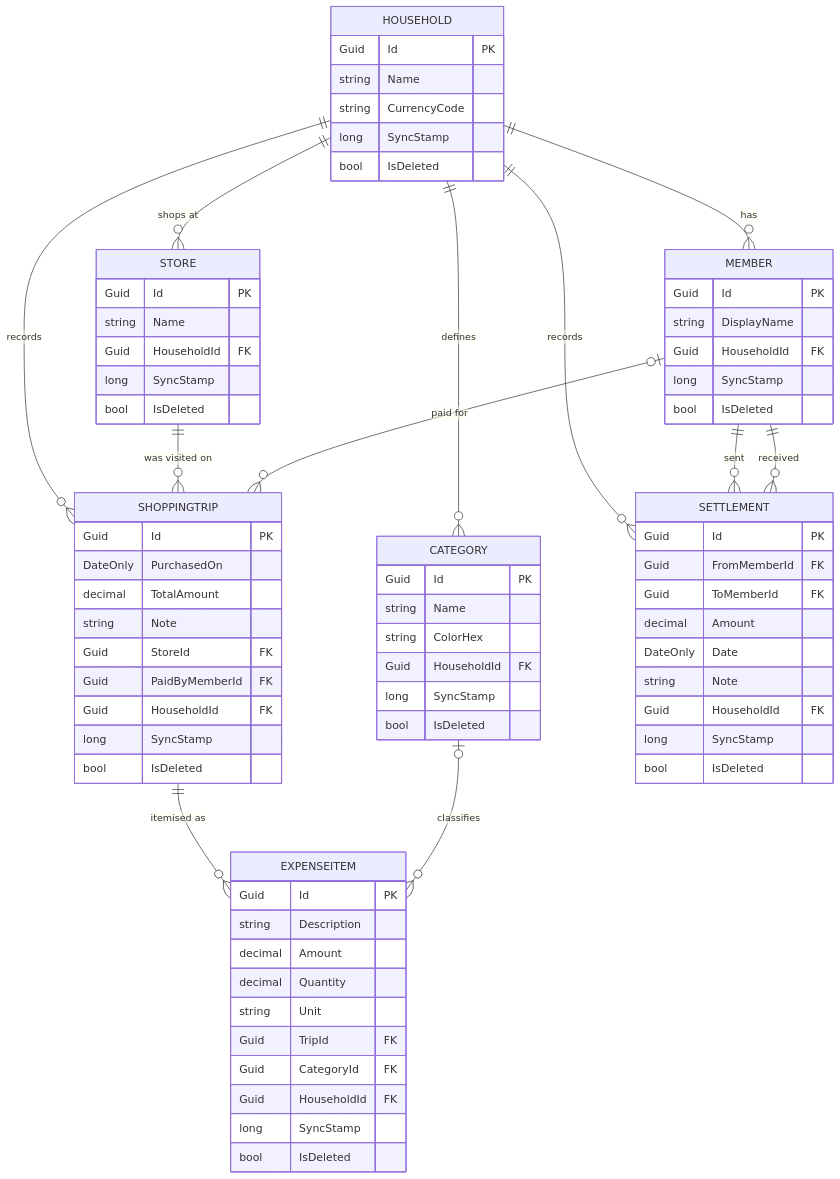
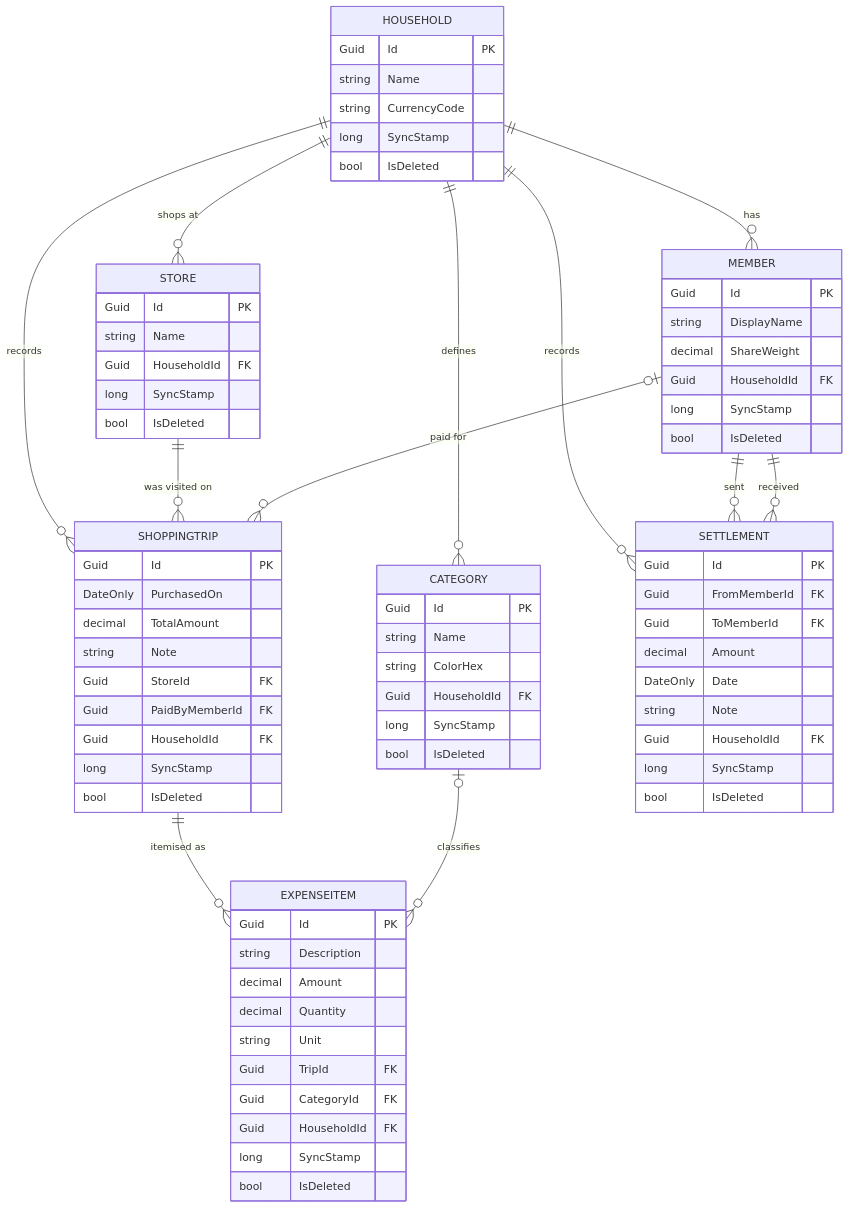
Before and after one commit to CodeIsNotEvil/MyMonoRepo: the diagram in Applications/GroceryTracker/src/Domain/Model/README.md, drawn with Mermaid. The commit also changed 14 other files, not shown here.

````diff
--- a/Applications/GroceryTracker/src/Domain/Model/README.md
+++ b/Applications/GroceryTracker/src/Domain/Model/README.md
@@ -7,78 +7,79 @@
 ```mermaid
 erDiagram
     HOUSEHOLD {
         Guid Id PK
         string Name
         string CurrencyCode
         long SyncStamp
         bool IsDeleted
     }
     MEMBER {
         Guid Id PK
         string DisplayName
+        decimal ShareWeight
         Guid HouseholdId FK
         long SyncStamp
         bool IsDeleted
     }
     STORE {
         Guid Id PK
         string Name
         Guid HouseholdId FK
         long SyncStamp
         bool IsDeleted
     }
     CATEGORY {
         Guid Id PK
         string Name
         string ColorHex
         Guid HouseholdId FK
         long SyncStamp
         bool IsDeleted
     }
     SHOPPINGTRIP {
         Guid Id PK
         DateOnly PurchasedOn
         decimal TotalAmount
         string Note
         Guid StoreId FK
         Guid PaidByMemberId FK
         Guid HouseholdId FK
         long SyncStamp
         bool IsDeleted
     }
     SETTLEMENT {
         Guid Id PK
         Guid FromMemberId FK
         Guid ToMemberId FK
         decimal Amount
         DateOnly Date
         string Note
         Guid HouseholdId FK
         long SyncStamp
         bool IsDeleted
     }
     EXPENSEITEM {
         Guid Id PK
         string Description
         decimal Amount
         decimal Quantity
         string Unit
         Guid TripId FK
         Guid CategoryId FK
         Guid HouseholdId FK
         long SyncStamp
         bool IsDeleted
     }
 
     HOUSEHOLD ||--o{ MEMBER : "has"
     HOUSEHOLD ||--o{ STORE : "shops at"
     HOUSEHOLD ||--o{ CATEGORY : "defines"
     HOUSEHOLD ||--o{ SHOPPINGTRIP : "records"
     STORE ||--o{ SHOPPINGTRIP : "was visited on"
     MEMBER |o--o{ SHOPPINGTRIP : "paid for"
     HOUSEHOLD ||--o{ SETTLEMENT : "records"
     MEMBER ||--o{ SETTLEMENT : "sent"
     MEMBER ||--o{ SETTLEMENT : "received"
     SHOPPINGTRIP ||--o{ EXPENSEITEM : "itemised as"
     CATEGORY |o--o{ EXPENSEITEM : "classifies"
 ```
````
